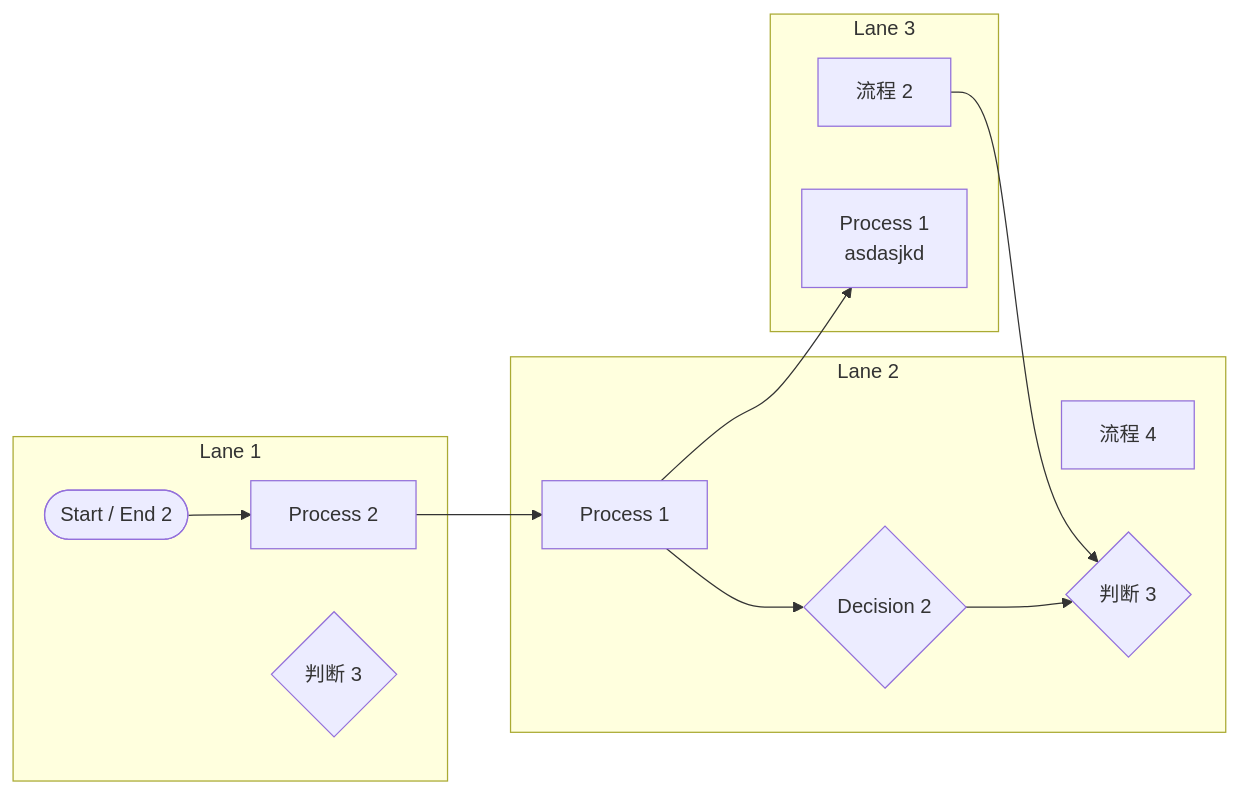
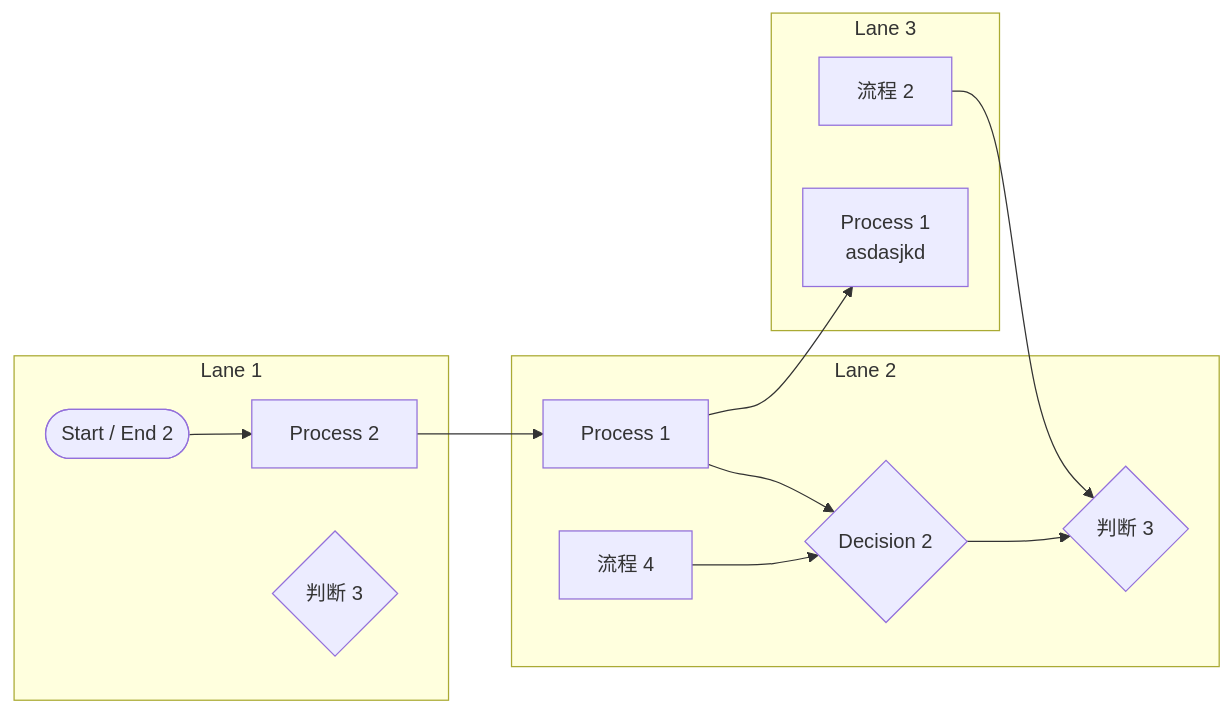
Before and after one commit to pingpm/mermaid_vault: the diagram in mmd/123_9b882ae4-c4df-432b-9e50-9fb05b2c95e5.mmd, drawn with Mermaid. The commit also changed 2 other files, not shown here.

Commit message:
Sync Mermaid Studio data (14 diagrams)

```diff
--- a/mmd/123_9b882ae4-c4df-432b-9e50-9fb05b2c95e5.mmd
+++ b/mmd/123_9b882ae4-c4df-432b-9e50-9fb05b2c95e5.mmd
@@ -1,24 +1,25 @@
 flowchart LR
   subgraph lane_0["Lane 1"]
     t_0["Process 2"]
     t_1{"判断 3"}
     t_2(["Start / End 2"])
   end
   subgraph lane_1["Lane 2"]
     t_3["流程 4"]
-    t_4{"Decision 2"}
+    t_4{"判断 3"}
+    t_5{"Decision 2"}
     %% [tag:pending] 待确认 | 阿斯顿撒娇看了大姐撒开
-    t_5["Process 1"]
-    t_6{"判断 3"}
+    t_6["Process 1"]
   end
   subgraph lane_2["Lane 3"]
     t_7["流程 2"]
     t_8["Process 1<br/>asdasjkd"]
     %% [tag:other] 其他 | 2为企鹅12312321
   end
   t_2 --> t_0
-  t_0 --> t_5
+  t_0 --> t_6
+  t_6 --> t_5
+  t_6 --> t_8
+  t_7 --> t_4
   t_5 --> t_4
-  t_5 --> t_8
-  t_7 --> t_6
-  t_4 --> t_6
+  t_3 --> t_5
```
